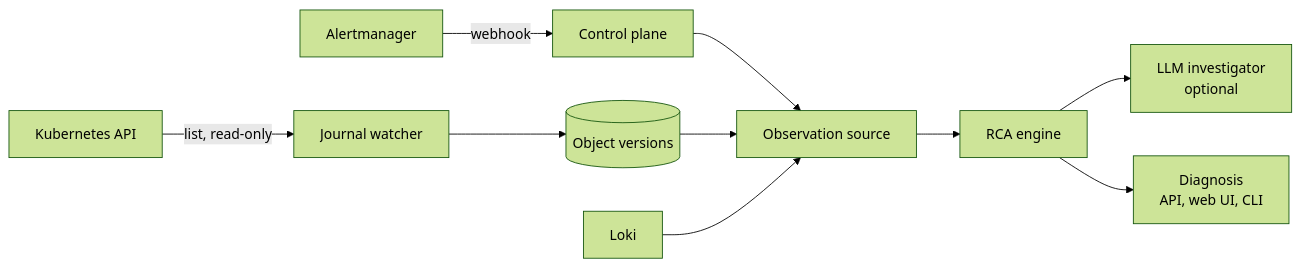
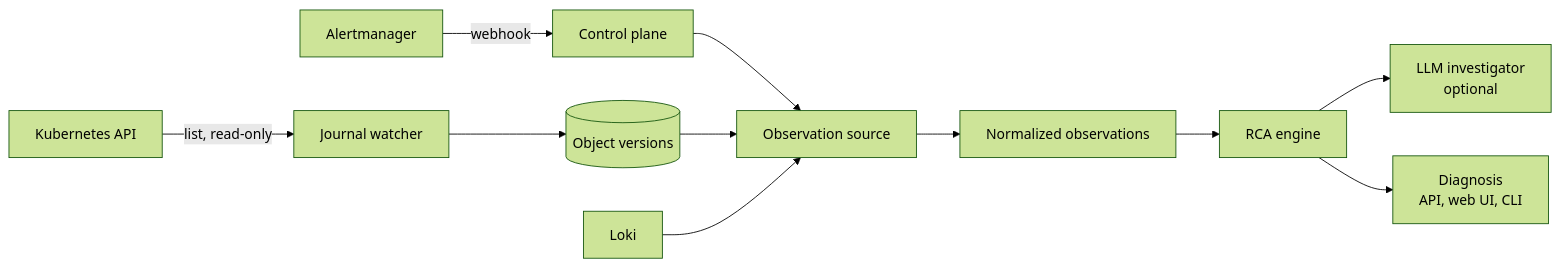
Before and after one commit to negativexq/agentic-sre: the diagram in docs/architecture.md, drawn with Mermaid (forest theme). The commit also changed other lines of this file and 3 other files, not shown here.

````diff
--- a/docs/architecture.md
+++ b/docs/architecture.md
@@ -7,12 +7,13 @@
 ```mermaid
 flowchart LR
   AM[Alertmanager] -->|webhook| CP[Control plane]
   K8s[Kubernetes API] -->|list, read-only| W[Journal watcher]
   W --> DB[(Object versions)]
   CP --> SRC[Observation source]
   DB --> SRC
   Loki[Loki] --> SRC
-  SRC --> ENG[RCA engine]
+  SRC --> OBS[Normalized observations]
+  OBS --> ENG[RCA engine]
   ENG --> LLM[LLM investigator<br/>optional]
   ENG --> OUT[Diagnosis<br/>API, web UI, CLI]
 ```
````
